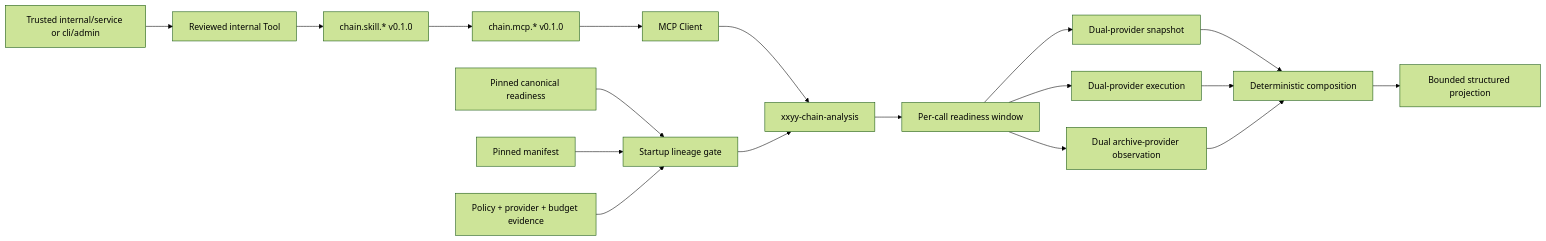
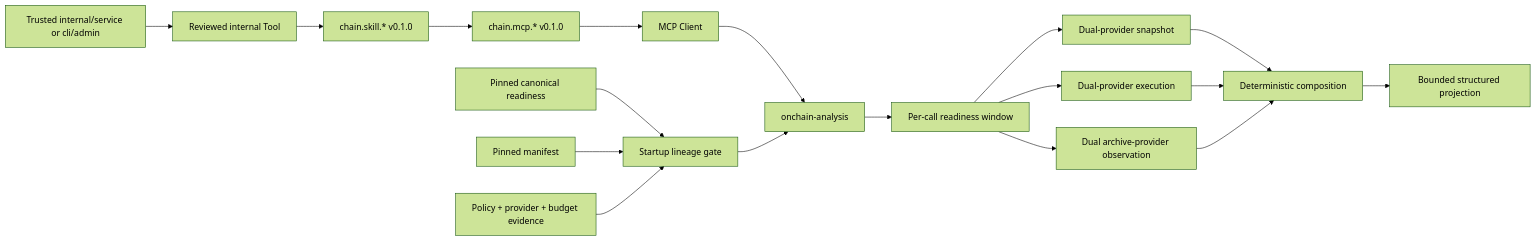
One commit to orbitrelaylabs/xxyy-ask changed the third of 3 diagrams in docs/capability-plane.md. Above: the diagram before and after it, drawn with Mermaid (forest theme). The commit also changed other lines of this file and 54 other files, not shown here.

Commit message:
feat(agent): add generic onchain analysis MCP development surface

````diff
--- a/docs/capability-plane.md
+++ b/docs/capability-plane.md
@@ -48,21 +62,21 @@
 ```mermaid
 flowchart LR
   Internal["Trusted internal/service or cli/admin"] --> Tool["Reviewed internal Tool"]
   Tool --> Skill["chain.skill.* v0.1.0"]
   Skill --> MCP["chain.mcp.* v0.1.0"]
   MCP --> Client["MCP Client"]
-  Client --> Server["xxyy-chain-analysis"]
+  Client --> Server["onchain-analysis"]
   Server --> TimeGate["Per-call readiness window"]
   TimeGate --> Snapshot["Dual-provider snapshot"]
   TimeGate --> Execution["Dual-provider execution"]
   TimeGate --> Observation["Dual archive-provider observation"]
   Snapshot --> Harness["Deterministic composition"]
   Execution --> Harness
   Observation --> Harness
   Harness --> Projection["Bounded structured projection"]
 
   Attestation["Pinned canonical readiness"] --> Startup["Startup lineage gate"]
   Manifest["Pinned manifest"] --> Startup
   Evidence["Policy + provider + budget evidence"] --> Startup
   Startup --> Server
 ```
````
